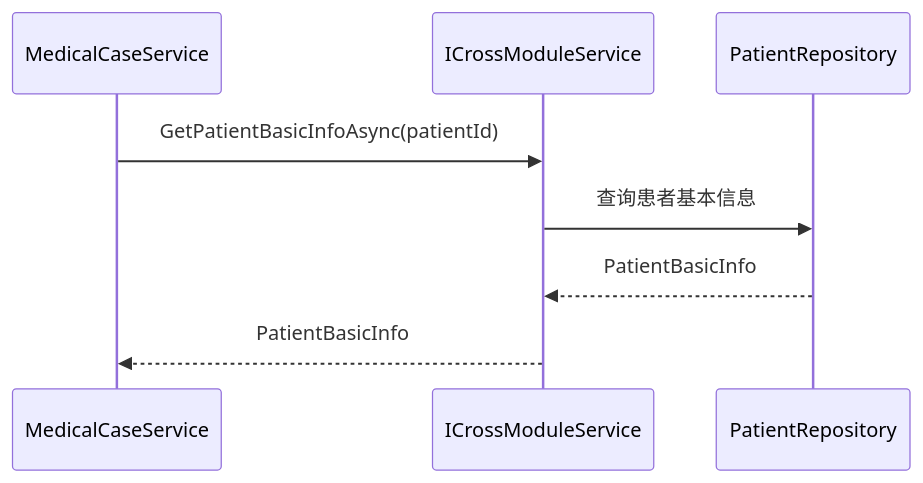
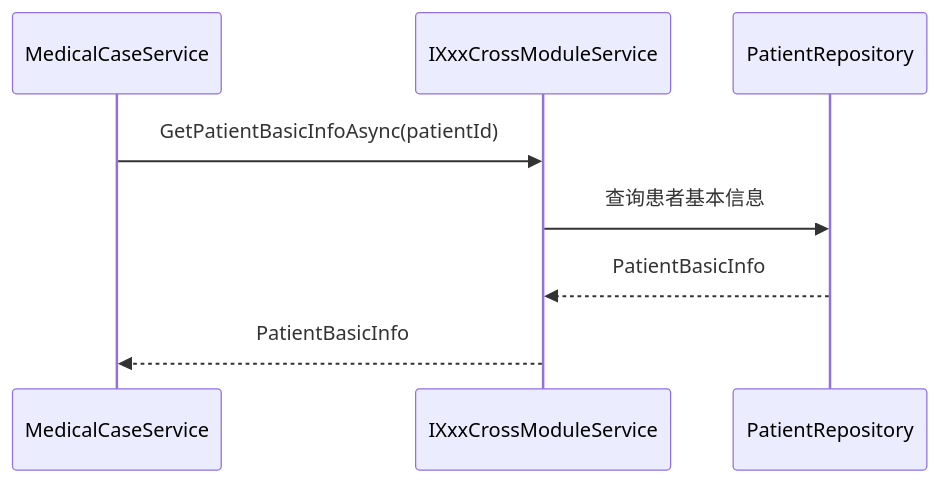
Before and after one commit to shouqitao/LYBTZYZS: the sixth of 6 diagrams in docs/03-architecture/01-system-overview.md, drawn with Mermaid. The commit also changed other lines of this file and 8 other files, not shown here.

First line of the commit message:
docs: 文档原则落地 + SQLite 清理 + ICrossModuleService 更新

````diff
--- a/docs/03-architecture/01-system-overview.md
+++ b/docs/03-architecture/01-system-overview.md
@@ -205,11 +207,11 @@
 ```mermaid
 sequenceDiagram
     participant MC as MedicalCaseService
-    participant CMS as ICrossModuleService
+    participant CMS as IXxxCrossModuleService
     participant PS as PatientRepository
 
     MC->>CMS: GetPatientBasicInfoAsync(patientId)
     CMS->>PS: 查询患者基本信息
     PS-->>CMS: PatientBasicInfo
     CMS-->>MC: PatientBasicInfo
 ```
````
